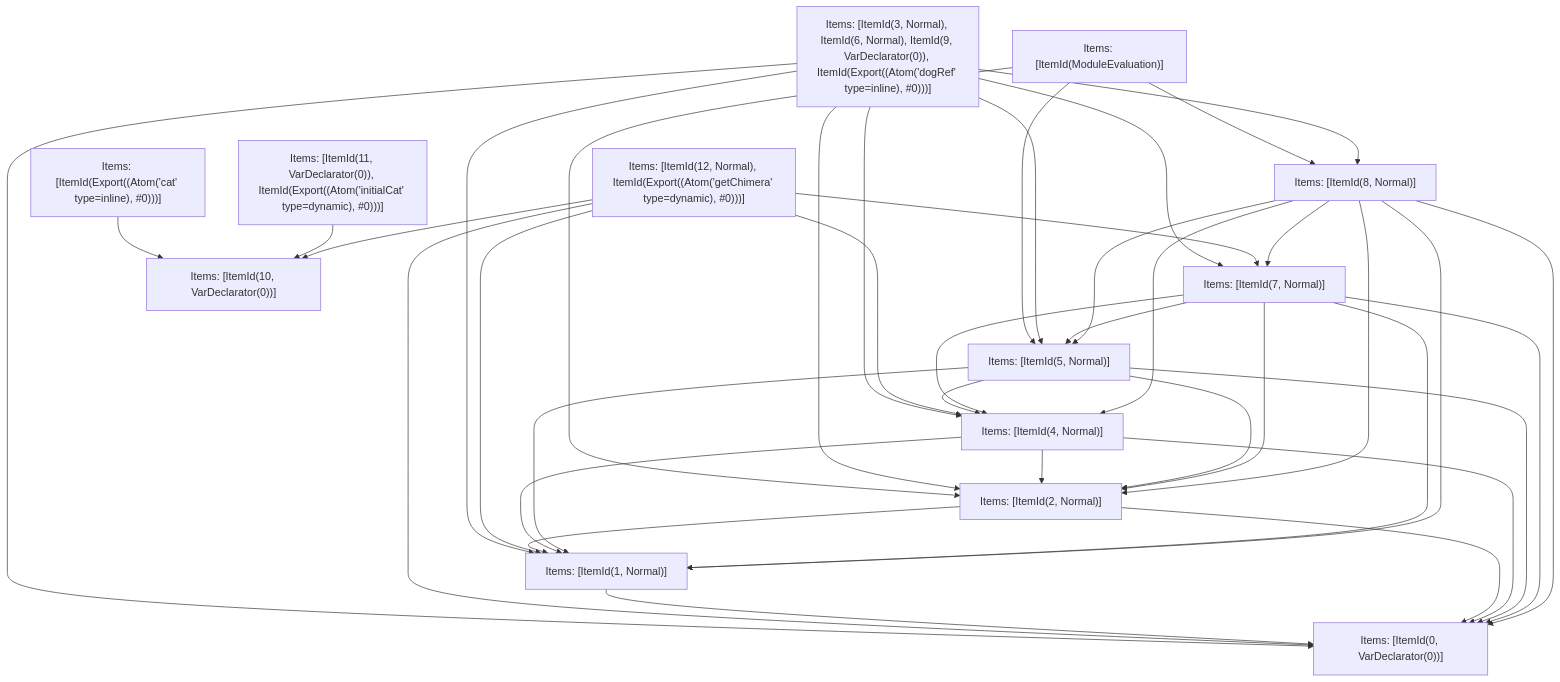
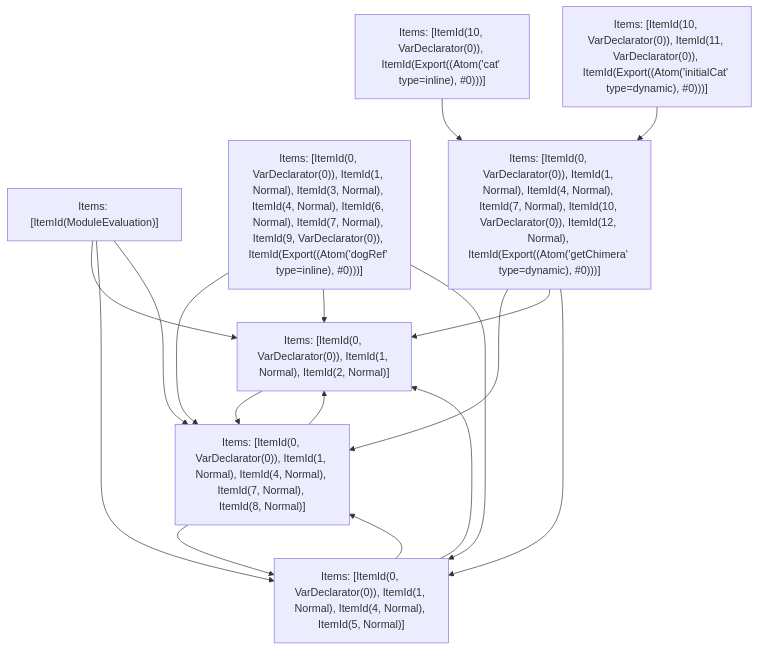
The fifth of 5 diagrams in crates/turbopack-ecmascript/tests/tree-shaker/analyzer/complex/output.md (vercel/turborepo), drawn with Mermaid before and after one commit. The commit also changed other lines of this file and 3 other files, not shown here.

````diff
--- a/crates/turbopack-ecmascript/tests/tree-shaker/analyzer/complex/output.md
+++ b/crates/turbopack-ecmascript/tests/tree-shaker/analyzer/complex/output.md
@@ -373,54 +373,27 @@
 ```mermaid
 graph TD
     N0["Items: [ItemId(ModuleEvaluation)]"];
-    N1["Items: [ItemId(3, Normal), ItemId(6, Normal), ItemId(9, VarDeclarator(0)), ItemId(Export((Atom('dogRef' type=inline), #0)))]"];
-    N2["Items: [ItemId(Export((Atom('cat' type=inline), #0)))]"];
-    N3["Items: [ItemId(11, VarDeclarator(0)), ItemId(Export((Atom('initialCat' type=dynamic), #0)))]"];
-    N4["Items: [ItemId(12, Normal), ItemId(Export((Atom('getChimera' type=dynamic), #0)))]"];
-    N5["Items: [ItemId(0, VarDeclarator(0))]"];
-    N6["Items: [ItemId(1, Normal)]"];
-    N7["Items: [ItemId(2, Normal)]"];
-    N8["Items: [ItemId(4, Normal)]"];
-    N9["Items: [ItemId(5, Normal)]"];
-    N10["Items: [ItemId(7, Normal)]"];
-    N11["Items: [ItemId(8, Normal)]"];
-    N12["Items: [ItemId(10, VarDeclarator(0))]"];
+    N1["Items: [ItemId(0, VarDeclarator(0)), ItemId(1, Normal), ItemId(3, Normal), ItemId(4, Normal), ItemId(6, Normal), ItemId(7, Normal), ItemId(9, VarDeclarator(0)), ItemId(Export((Atom('dogRef' type=inline), #0)))]"];
+    N2["Items: [ItemId(10, VarDeclarator(0)), ItemId(Export((Atom('cat' type=inline), #0)))]"];
+    N3["Items: [ItemId(10, VarDeclarator(0)), ItemId(11, VarDeclarator(0)), ItemId(Export((Atom('initialCat' type=dynamic), #0)))]"];
+    N4["Items: [ItemId(0, VarDeclarator(0)), ItemId(1, Normal), ItemId(4, Normal), ItemId(7, Normal), ItemId(10, VarDeclarator(0)), ItemId(12, Normal), ItemId(Export((Atom('getChimera' type=dynamic), #0)))]"];
+    N5["Items: [ItemId(0, VarDeclarator(0)), ItemId(1, Normal), ItemId(2, Normal)]"];
+    N6["Items: [ItemId(0, VarDeclarator(0)), ItemId(1, Normal), ItemId(4, Normal), ItemId(5, Normal)]"];
+    N7["Items: [ItemId(0, VarDeclarator(0)), ItemId(1, Normal), ItemId(4, Normal), ItemId(7, Normal), ItemId(8, Normal)]"];
+    N0 --> N5;
+    N0 --> N6;
     N0 --> N7;
-    N0 --> N9;
-    N0 --> N11;
+    N1 --> N7;
     N1 --> N5;
     N1 --> N6;
-    N1 --> N8;
-    N1 --> N10;
-    N1 --> N7;
-    N1 --> N9;
-    N1 --> N11;
-    N2 --> N12;
-    N3 --> N12;
-    N4 --> N12;
+    N2 --> N4;
+    N3 --> N4;
+    N4 --> N7;
     N4 --> N5;
     N4 --> N6;
-    N4 --> N8;
-    N4 --> N10;
+    N5 --> N7;
+    N6 --> N7;
     N6 --> N5;
     N7 --> N5;
     N7 --> N6;
-    N8 --> N5;
-    N8 --> N6;
-    N8 --> N7;
-    N9 --> N5;
-    N9 --> N6;
-    N9 --> N8;
-    N9 --> N7;
-    N10 --> N5;
-    N10 --> N6;
-    N10 --> N8;
-    N10 --> N7;
-    N10 --> N9;
-    N11 --> N5;
-    N11 --> N6;
-    N11 --> N8;
-    N11 --> N10;
-    N11 --> N9;
-    N11 --> N7;
 ```
````
